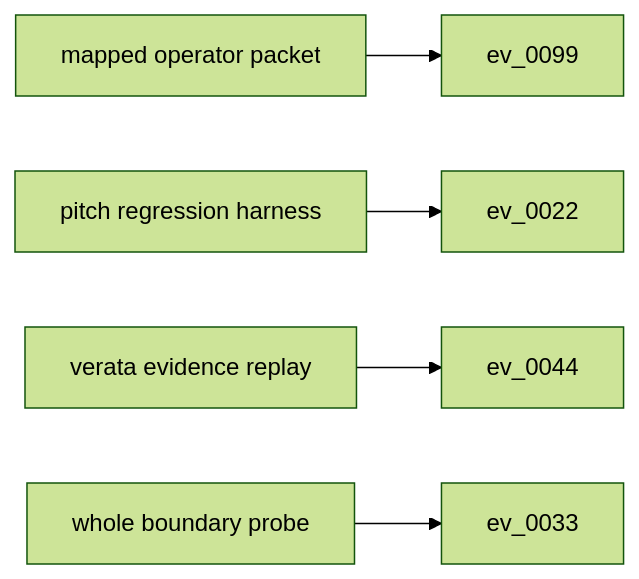
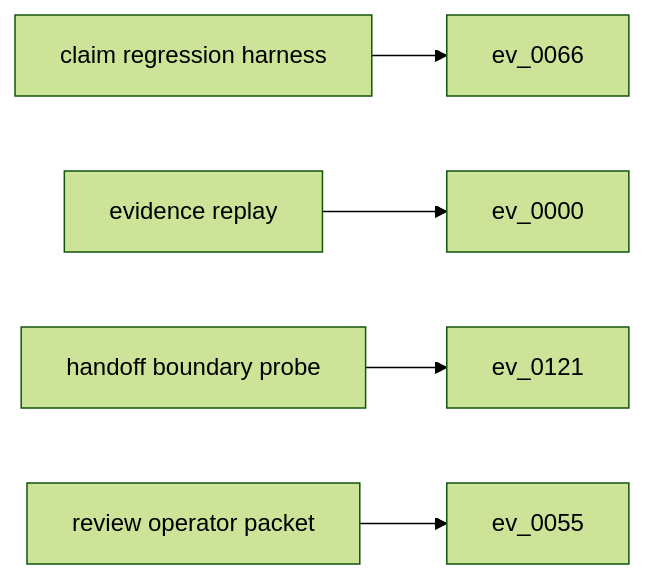
One commit to t7r0n/warm-path-ranker changed the diagram in outputs/trace_graph.mmd. Above: the diagram before and after it, drawn with Mermaid (forest theme). The commit also changed 21 other files, not shown here.

```diff
--- a/outputs/trace_graph.mmd
+++ b/outputs/trace_graph.mmd
@@ -1,13 +1,13 @@
 flowchart LR
-  s0["mapped operator packet"]
-  e0["ev_0099"]
+  s0["claim regression harness"]
+  e0["ev_0066"]
   s0 --> e0
-  s1["pitch regression harness"]
-  e1["ev_0022"]
+  s1["evidence replay"]
+  e1["ev_0000"]
   s1 --> e1
-  s2["verata evidence replay"]
-  e2["ev_0044"]
+  s2["handoff boundary probe"]
+  e2["ev_0121"]
   s2 --> e2
-  s3["whole boundary probe"]
-  e3["ev_0033"]
+  s3["review operator packet"]
+  e3["ev_0055"]
   s3 --> e3
```
